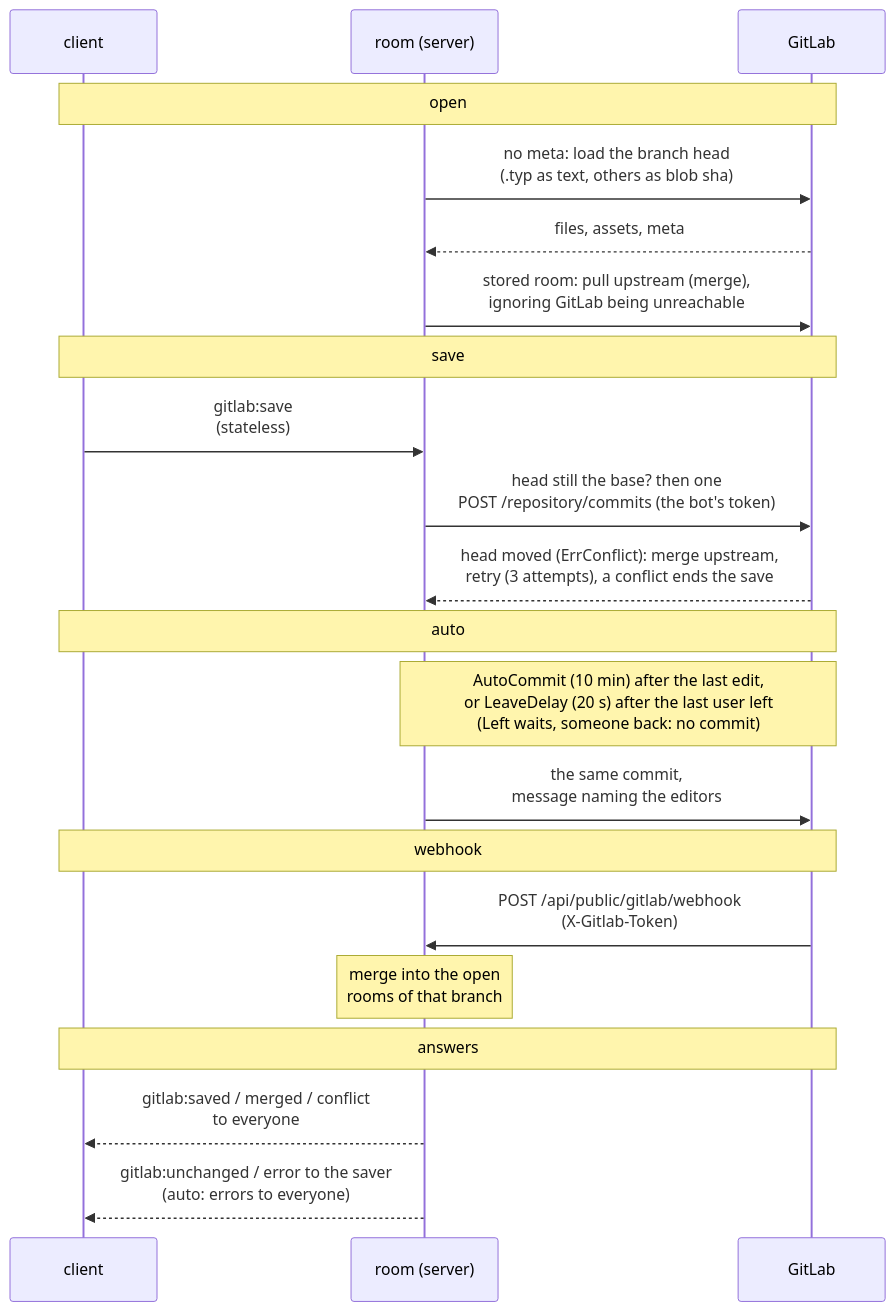
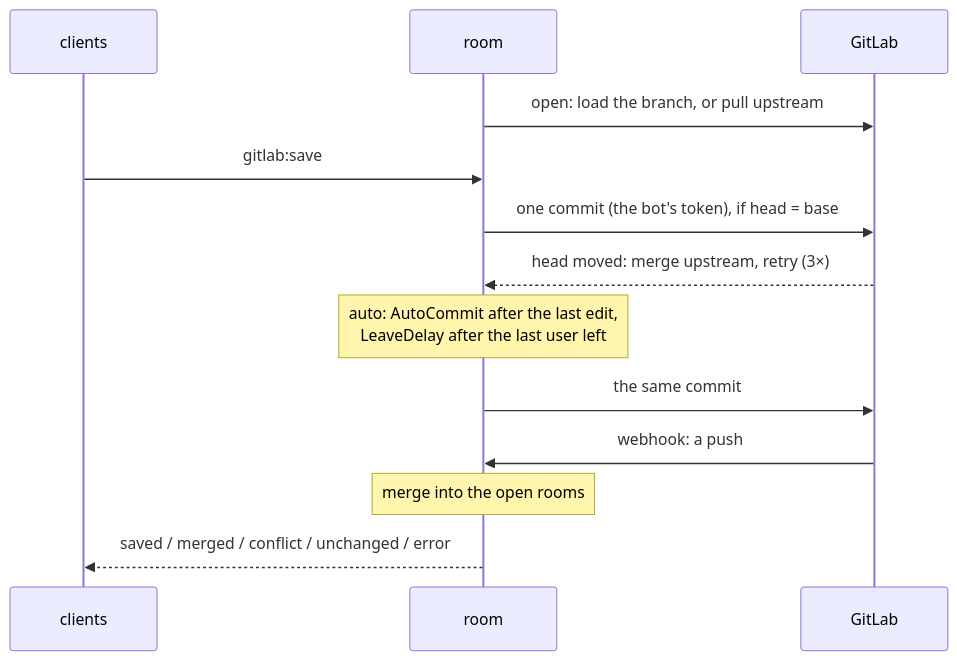
The diagram in docs/diagrams/gitlab-room.mmd (sandstorm/zwiebelfisch), drawn with Mermaid before and after one commit. The commit also changed 42 other files, not shown here.

```diff
--- a/docs/diagrams/gitlab-room.mmd
+++ b/docs/diagrams/gitlab-room.mmd
@@ -1,21 +1,13 @@
 sequenceDiagram
-  participant C as client
-  participant R as room (server)
+  participant C as clients
+  participant R as room
   participant G as GitLab
-  Note over C,G: open
-  R->>G: no meta: load the branch head<br/>(.typ as text, others as blob sha)
-  G-->>R: files, assets, meta
-  R->>G: stored room: pull upstream (merge),<br/>ignoring GitLab being unreachable
-  Note over C,G: save
-  C->>R: gitlab:save<br/>(stateless)
-  R->>G: head still the base? then one<br/>POST /repository/commits (the bot's token)
-  G-->>R: head moved (ErrConflict): merge upstream,<br/>retry (3 attempts), a conflict ends the save
-  Note over C,G: auto
-  Note over R,G: AutoCommit (10 min) after the last edit,<br/>or LeaveDelay (20 s) after the last user left<br/>(Left waits, someone back: no commit)
-  R->>G: the same commit,<br/>message naming the editors
-  Note over C,G: webhook
-  G->>R: POST /api/public/gitlab/webhook<br/>(X-Gitlab-Token)
-  Note over R: merge into the open<br/>rooms of that branch
-  Note over C,G: answers
-  R-->>C: gitlab:saved / merged / conflict<br/>to everyone
-  R-->>C: gitlab:unchanged / error to the saver<br/>(auto: errors to everyone)
+  R->>G: open: load the branch, or pull upstream
+  C->>R: gitlab:save
+  R->>G: one commit (the bot's token), if head = base
+  G-->>R: head moved: merge upstream, retry (3×)
+  Note over R: auto: AutoCommit after the last edit,<br/>LeaveDelay after the last user left
+  R->>G: the same commit
+  G->>R: webhook: a push
+  Note over R: merge into the open rooms
+  R-->>C: saved / merged / conflict / unchanged / error
```
